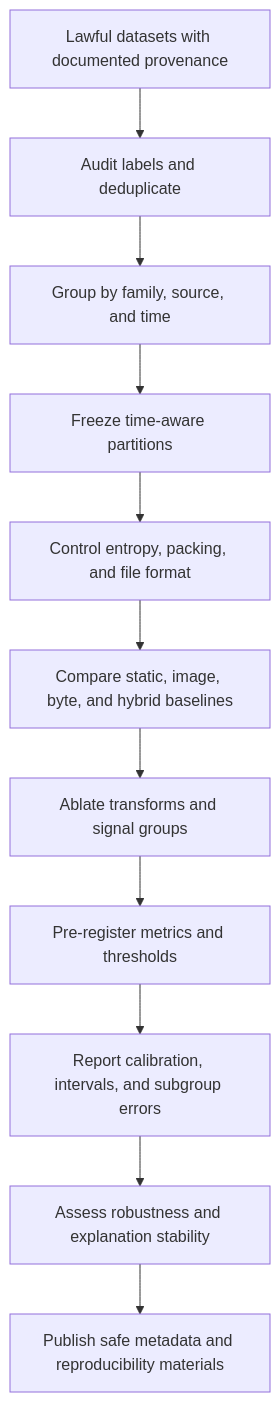
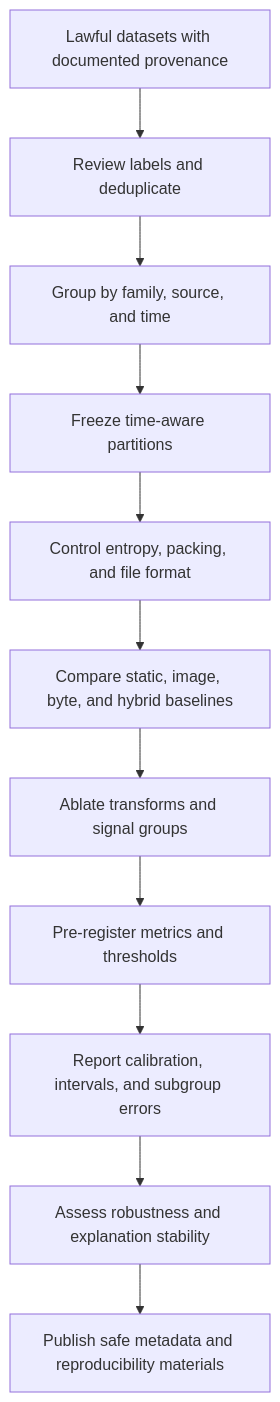
One commit to Ahsan-Salamat/ThreatVision-Research changed the sixth of 6 diagrams in docs/figures.md. Above: the diagram before and after it, drawn with Mermaid. The commit also changed other lines of this file and 16 other files, not shown here.

````diff
--- a/docs/figures.md
+++ b/docs/figures.md
@@ -104,13 +105,13 @@
 ```mermaid
 flowchart TD
-    A[Lawful datasets with documented provenance] --> B[Audit labels and deduplicate]
+    A[Lawful datasets with documented provenance] --> B[Review labels and deduplicate]
     B --> C[Group by family, source, and time]
     C --> D[Freeze time-aware partitions]
     D --> E[Control entropy, packing, and file format]
     E --> F[Compare static, image, byte, and hybrid baselines]
     F --> G[Ablate transforms and signal groups]
     G --> H[Pre-register metrics and thresholds]
     H --> I[Report calibration, intervals, and subgroup errors]
     I --> J[Assess robustness and explanation stability]
     J --> K[Publish safe metadata and reproducibility materials]
 ```
````
